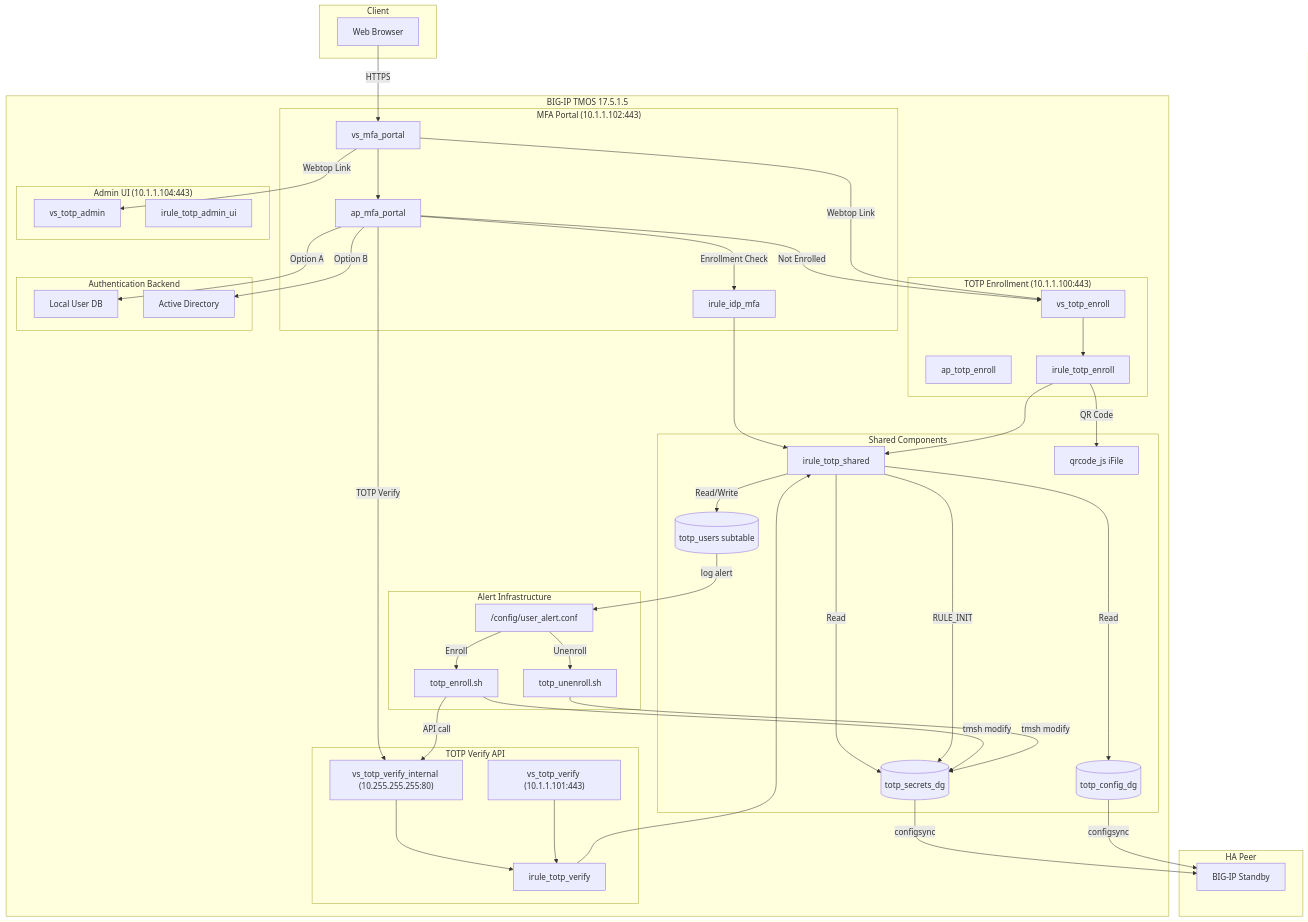
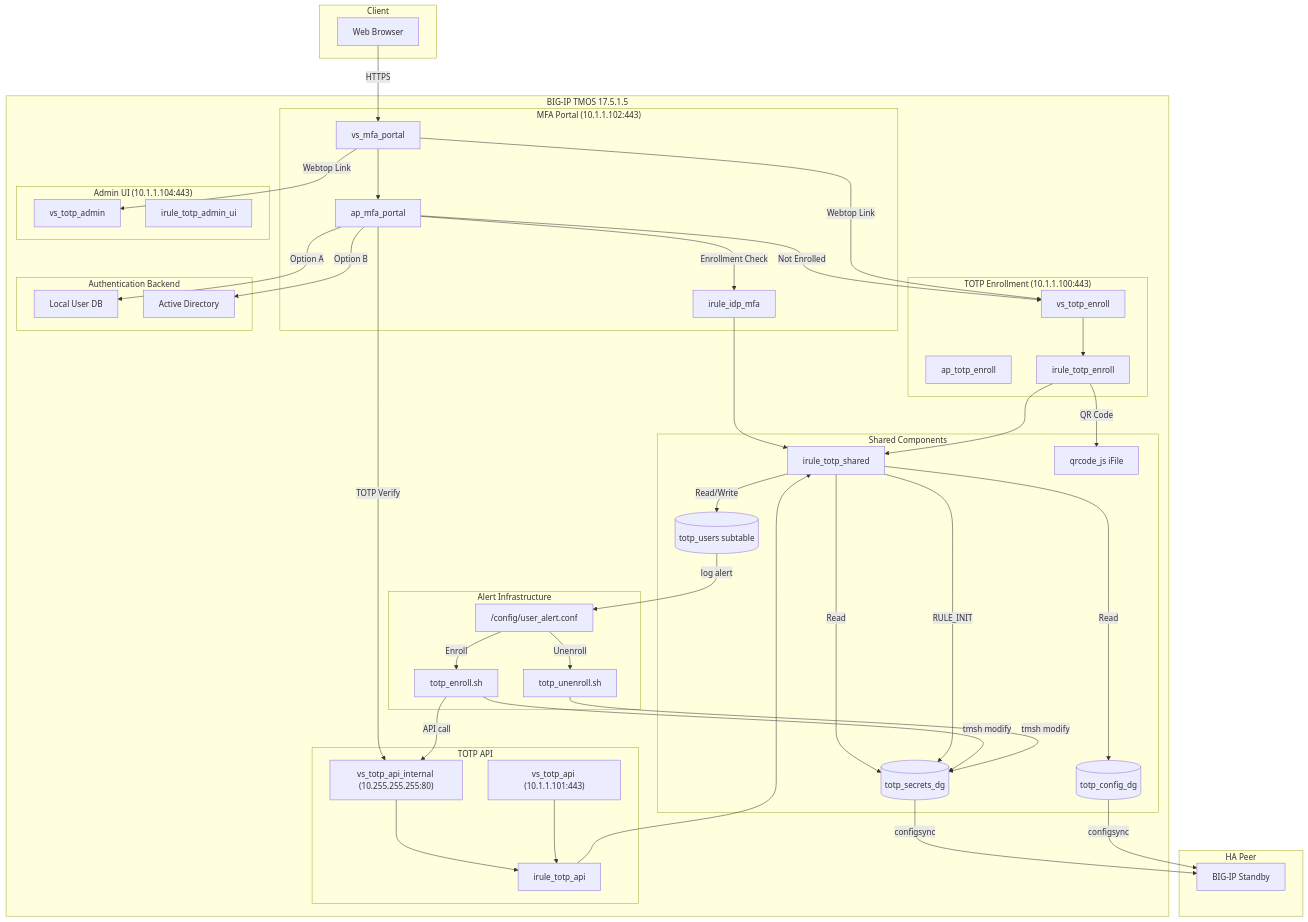
Before and after one commit to steveh565/f5-totp-mfa: the diagram in README.md, drawn with Mermaid. The commit also changed other lines of this file and 2 other files, not shown here.

```diff
--- a/README.md
+++ b/README.md
@@ -34,28 +34,28 @@
         subgraph Portal["MFA Portal (10.1.1.102:443)"]
             VS_MFA[vs_mfa_portal]
             AP_MFA[ap_mfa_portal]
-            IRULE_MFA[irule_idp_mfa]
+            IRULE_TOTP_MFA[irule_idp_mfa]
         end
 
         subgraph Enrollment["TOTP Enrollment (10.1.1.100:443)"]
             VS_ENROLL[vs_totp_enroll]
             AP_ENROLL[ap_totp_enroll]
-            IRULE_ENROLL[irule_totp_enroll]
+            IRULE_TOTP_ENROLL[irule_totp_enroll]
         end
 
-        subgraph Verification["TOTP Verify API"]
-            VS_VERIFY_EXT["vs_totp_verify (10.1.1.101:443)"]
-            VS_VERIFY_INT["vs_totp_verify_internal (10.255.255.255:80)"]
-            IRULE_VERIFY[irule_totp_verify]
+        subgraph API["TOTP API"]
+            VS_API_EXT["vs_totp_api (10.1.1.101:443)"]
+            VS_API_INT["vs_totp_api_internal (10.255.255.255:80)"]
+            IRULE_TOTP_API[irule_totp_api]
         end
 
         subgraph Admin["Admin UI (10.1.1.104:443)"]
             VS_ADMIN[vs_totp_admin]
-            IRULE_ADMIN[irule_totp_admin_ui]
+            IRULE_TOTP_ADMIN[irule_totp_admin_ui]
         end
 
         subgraph Shared["Shared Components"]
-            IRULE_SHARED[irule_totp_shared]
+            IRULE_TOTP_SHARED[irule_totp_shared]
             TABLE_USERS[(totp_users subtable)]
             DG_SECRETS[(totp_secrets_dg)]
             DG_CONFIG[(totp_config_dg)]
@@ -82,31 +82,31 @@
     VS_MFA --> AP_MFA
     AP_MFA -->|Option A| LOCAL_DB
     AP_MFA -->|Option B| AD
-    AP_MFA -->|Enrollment Check| IRULE_MFA
-    IRULE_MFA --> IRULE_SHARED
-    AP_MFA -->|TOTP Verify| VS_VERIFY_INT
+    AP_MFA -->|Enrollment Check| IRULE_TOTP_MFA
+    IRULE_TOTP_MFA --> IRULE_TOTP_SHARED
+    AP_MFA -->|TOTP Verify| VS_API_INT
     AP_MFA -->|Not Enrolled| VS_ENROLL
 
     VS_MFA -->|Webtop Link| VS_ENROLL
     VS_MFA -->|Webtop Link| VS_ADMIN
 
-    VS_ENROLL --> IRULE_ENROLL
-    IRULE_ENROLL --> IRULE_SHARED
-    IRULE_ENROLL -->|QR Code| IFILE
+    VS_ENROLL --> IRULE_TOTP_ENROLL
+    IRULE_TOTP_ENROLL --> IRULE_TOTP_SHARED
+    IRULE_TOTP_ENROLL -->|QR Code| IFILE
 
-    VS_VERIFY_INT --> IRULE_VERIFY
-    VS_VERIFY_EXT --> IRULE_VERIFY
-    IRULE_VERIFY --> IRULE_SHARED
+    VS_API_INT --> IRULE_TOTP_API
+    VS_API_EXT --> IRULE_TOTP_API
+    IRULE_TOTP_API --> IRULE_TOTP_SHARED
 
-    IRULE_SHARED -->|Read/Write| TABLE_USERS
-    IRULE_SHARED -->|Read| DG_CONFIG
-    IRULE_SHARED -->|Read| DG_SECRETS
-    IRULE_SHARED -->|RULE_INIT| DG_SECRETS
+    IRULE_TOTP_SHARED -->|Read/Write| TABLE_USERS
+    IRULE_TOTP_SHARED -->|Read| DG_CONFIG
+    IRULE_TOTP_SHARED -->|Read| DG_SECRETS
+    IRULE_TOTP_SHARED -->|RULE_INIT| DG_SECRETS
 
     TABLE_USERS -->|log alert| ALERT_CONF
     ALERT_CONF -->|Enroll| ENROLL_SH
     ALERT_CONF -->|Unenroll| UNENROLL_SH
-    ENROLL_SH -->|API call| VS_VERIFY_INT
+    ENROLL_SH -->|API call| VS_API_INT
     ENROLL_SH -->|tmsh modify| DG_SECRETS
     UNENROLL_SH -->|tmsh modify| DG_SECRETS
 
```
